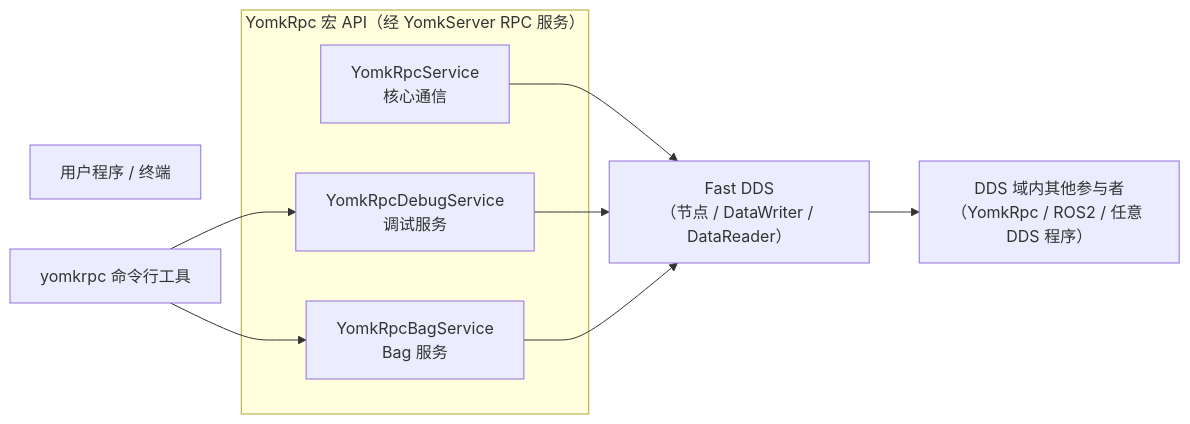
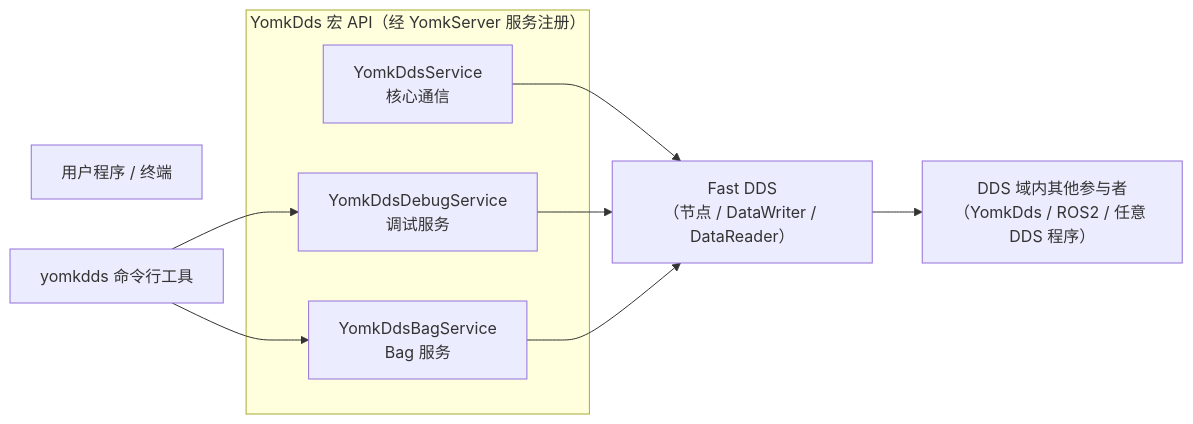
The diagram in docs/features/README.md (Solitude-5309/YomkDds), drawn with Mermaid before and after one commit. The commit also changed other lines of this file and 155 other files, not shown here.

First line of the commit message:
feat!: rename YomkRpc to YomkDds across library, msg, examples, tests and docs

````diff
--- a/docs/features/README.md
+++ b/docs/features/README.md
@@ -12,19 +12,19 @@
 ```mermaid
 flowchart LR
     U["用户程序 / 终端"]
 
-    subgraph RPC["YomkRpc 宏 API（经 YomkServer RPC 服务）"]
-        S1["YomkRpcService<br>核心通信"]
-        S2["YomkRpcDebugService<br>调试服务"]
-        S3["YomkRpcBagService<br>Bag 服务"]
+    subgraph YomkDds["YomkDds 宏 API（经 YomkServer 服务注册）"]
+        S1["YomkDdsService<br>核心通信"]
+        S2["YomkDdsDebugService<br>调试服务"]
+        S3["YomkDdsBagService<br>Bag 服务"]
     end
 
-    CLI["yomkrpc 命令行工具"]
+    CLI["yomkdds 命令行工具"]
 
     S1 --> D["Fast DDS<br>（节点 / DataWriter / DataReader）"]
     S2 --> D
     S3 --> D
     CLI --> S2
     CLI --> S3
-    D --> N["DDS 域内其他参与者<br>（YomkRpc / ROS2 / 任意 DDS 程序）"]
+    D --> N["DDS 域内其他参与者<br>（YomkDds / ROS2 / 任意 DDS 程序）"]
 ```
````
